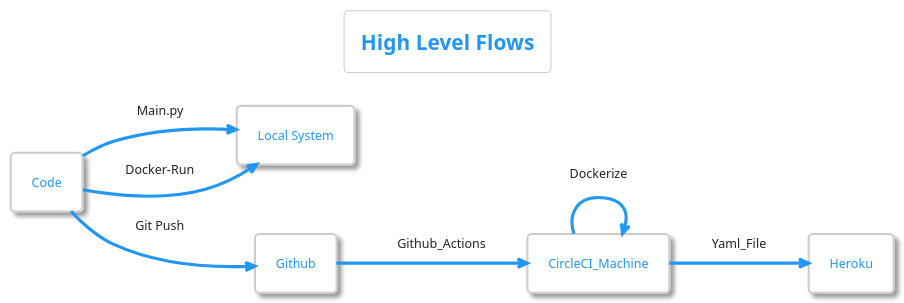
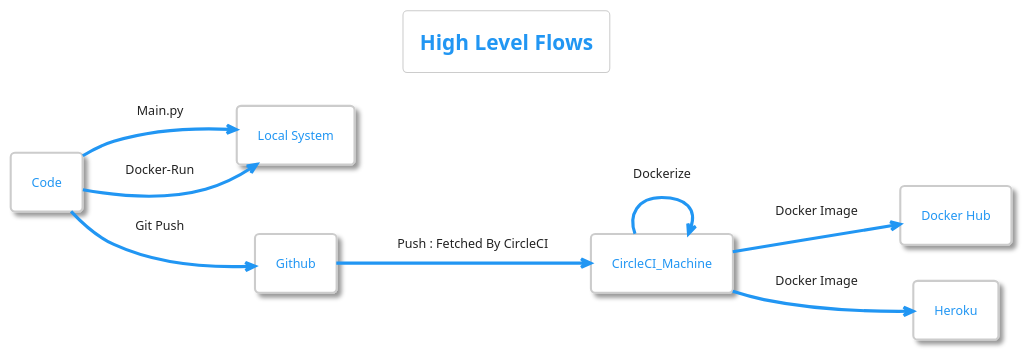
Before and after one commit to Samm-G/WaferFaultDetection_circleci_deploy: the diagram in docs/uml/High-Level-Flows.puml, drawn with PlantUML. The commit also changed 1 other file, not shown here.

Commit message:
Updated High Level Diagram

```diff
--- a/docs/uml/High-Level-Flows.puml
+++ b/docs/uml/High-Level-Flows.puml
@@ -1,60 +1,63 @@
 @startuml Flow
 !theme materia
 skinparam defaultFontName Verdana
 ' (Alt+D to Preview in VSCode..)
 
 /'
 Check out:
 
 https://github.com/conda/conda/tree/master/docs/source/umls
 https://github.com/plantuml-stdlib/C4-PlantUML 
 
 Full Docs:
 https://plantuml.com/
 for more examples
 
 '/
 
 ' TODO: LATER EMBED THIS DIAGRAM IN RST..
 ' Check Conda Docs, How they have done this..
 
 left to right direction
 
 title High Level Flows
 
 ' skinparam sequenceMessageAlign center
 ' Alice -> Bob : Hi
 ' Bob -> Alice : This is very long
 /'
 (Code) -> (Local System)
 (Code) -> (Github)
 (Github) -> (CircleCI)
 (CircleCI) -> (Heroku) : Yaml-File
 '/
 'left to right direction
 'top to bottom direction
 
 
 
 rectangle Code
 rectangle "Local System" as Local_System
 rectangle Github
 rectangle CircleCI_Machine
+rectangle "Docker Hub" as Docker_Hub
 rectangle Heroku
+
 
 Code --> Local_System : Main.py
 Code --> Local_System : Docker-Run
 Code --> Github : Git Push
-Github --> CircleCI_Machine : Github_Actions
+Github --> CircleCI_Machine : Push : Fetched By CircleCI
 CircleCI_Machine --> CircleCI_Machine : Dockerize
-CircleCI_Machine --> Heroku : Yaml_File
+CircleCI_Machine --> Docker_Hub : Docker Image
+CircleCI_Machine --> Heroku : Docker Image
 
 /'
 ' Class..
 class Example {
   Sam, Hii   
 }
 '/
 
 
 @enduml
```
